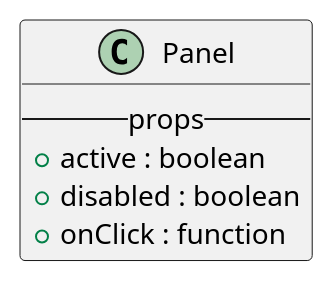
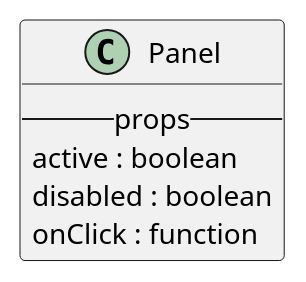
Before and after one commit to M9k/Marvin-Uml: the diagram in react/bootstrap/panel.iuml, drawn with PlantUML. The commit also changed 10 other files, not shown here.

```diff
--- a/react/bootstrap/panel.iuml
+++ b/react/bootstrap/panel.iuml
@@ -1,7 +1,7 @@
 class Panel{
   --props--
-      + active : boolean
-      + disabled : boolean
-      + onClick : function
+       active : boolean
+       disabled : boolean
+       onClick : function
 }
 /'Questa è una prova 3'/
```
